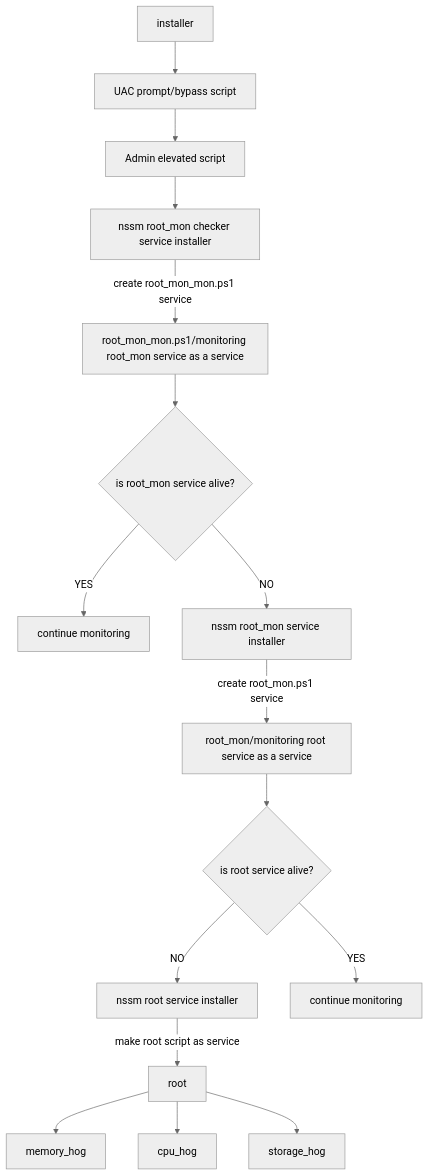
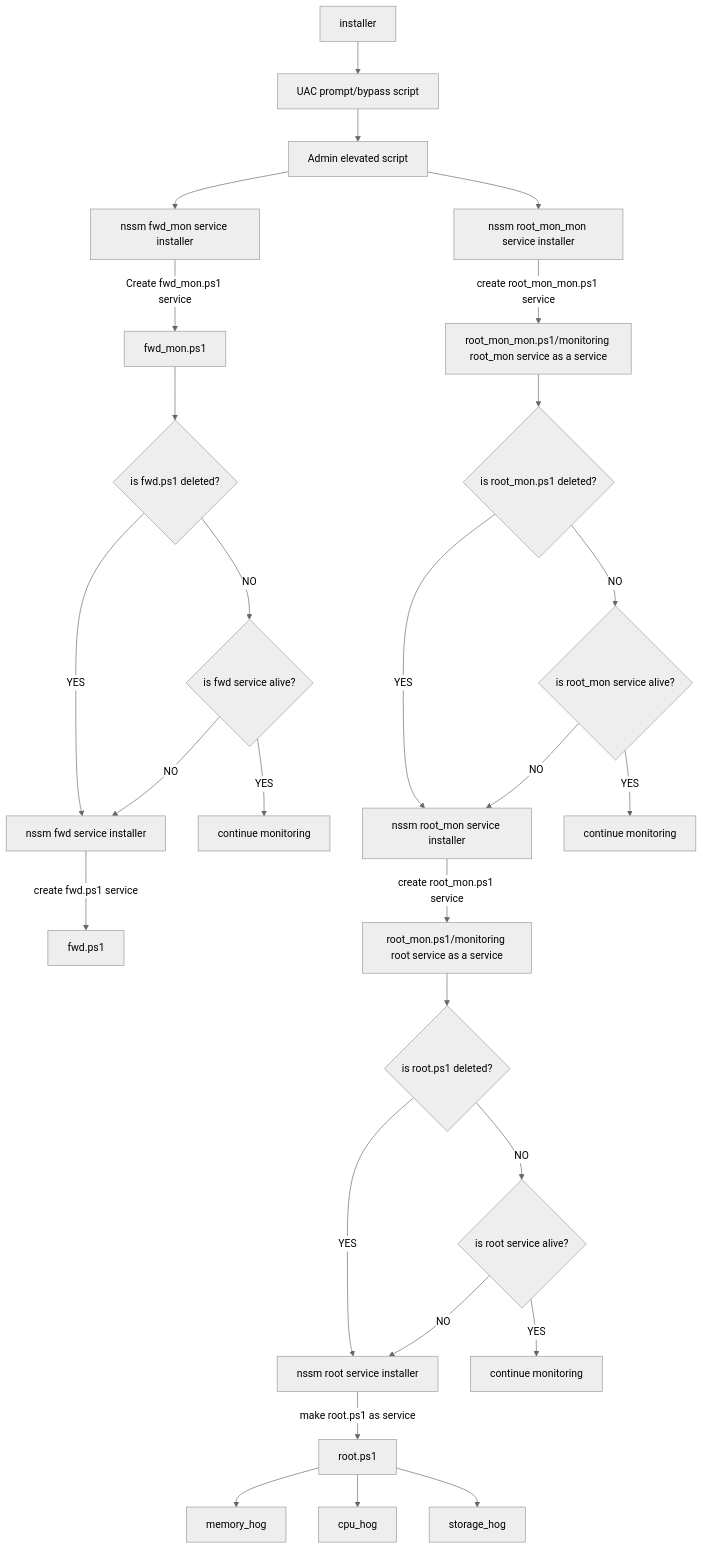
The diagram in README.md (Soumyo001/HydraCore), drawn with Mermaid (neutral theme) before and after one commit. The commit also changed other lines of this file and 3 other files, not shown here.

````diff
--- a/README.md
+++ b/README.md
@@ -19,18 +17,30 @@
 ```mermaid
 graph TD
 	A[installer] --> B[UAC prompt/bypass script]
 	B --> C[Admin elevated script]
-	C --> D[nssm root_mon checker service installer]
+	C --> D[nssm root_mon_mon service installer]
+	C --> N[nssm fwd_mon service installer]
 	D --> |create root_mon_mon.ps1 service|E[root_mon_mon.ps1/monitoring root_mon service as a service]
-	E --> F{is root_mon service alive?}
+	N --> |Create fwd_mon.ps1 service|O[fwd_mon.ps1]
+	O --> P{is fwd.ps1 deleted?}
+	P --> |YES|R[nssm fwd service installer]
+	P --> |NO|Q{is fwd service alive?}
+	Q --> |YES|CON3[continue monitoring]
+	Q --> |NO|R
+	R --> |create fwd.ps1 service|S[fwd.ps1]
+	E --> T{is root_mon.ps1 deleted?}
+	T --> |YES|G[nssm root_mon service installer]
+	T --> |NO|F{is root_mon service alive?}
 	F --> |YES|CON2[continue monitoring]
-	F --> |NO|G[nssm root_mon service installer]
-	G --> |create root_mon.ps1 service|MON[root_mon/monitoring root service as a service]
-	I --> |make root script as service|J[root]
-	MON --> H{is root service alive?}
+	F --> |NO|G
+	G --> |create root_mon.ps1 service|MON[root_mon.ps1/monitoring root service as a service]
+	MON --> U{is root.ps1 deleted?}
+	U --> |YES|I[nssm root service installer]
+	I --> |make root.ps1 as service|J[root.ps1]
+	U --> |NO|H{is root service alive?}
 	H --> |YES|CON[continue monitoring]
-	H --> |NO|I[nssm root service installer]
+	H --> |NO|I
 	J --> K[memory_hog]
 	J --> L[cpu_hog]
 	J --> M[storage_hog]
 ```
````
